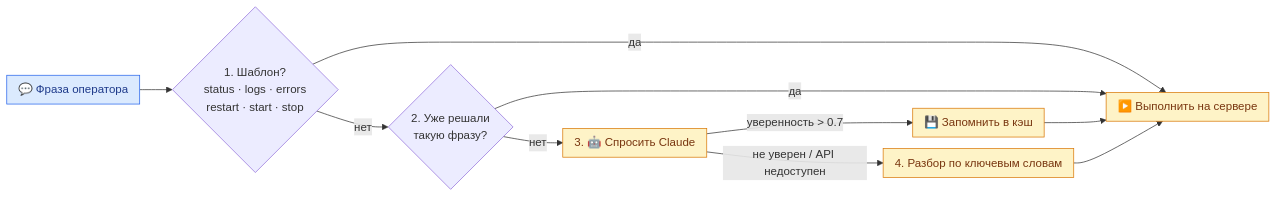
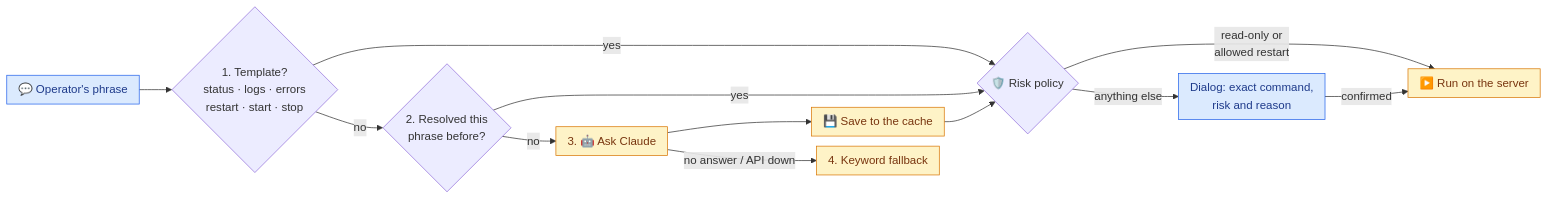
The second of 2 diagrams in docs/features/04-terminal.md (Madly222/MCPforMonitoring), drawn with Mermaid before and after one commit. The commit also changed other lines of this file and 37 other files, not shown here.

````diff
--- a/docs/features/04-terminal.md
+++ b/docs/features/04-terminal.md
@@ -42,14 +43,16 @@
 ```mermaid
 %%{init: {"flowchart": {"nodeSpacing": 14, "rankSpacing": 45, "curve": "basis", "padding": 8, "wrappingWidth": 260}}}%%
 flowchart LR
-    IN["💬 Фраза оператора"]:::admin --> T{"1. Шаблон?<br/>status · logs · errors<br/>restart · start · stop"}
-    T -- да --> RUN["▶️ Выполнить на сервере"]:::auto
-    T -- нет --> C{"2. Уже решали<br/>такую фразу?"}
-    C -- да --> RUN
-    C -- нет --> CL["3. 🤖 Спросить Claude"]:::auto
-    CL -- "уверенность > 0.7" --> SAVE["💾 Запомнить в кэш"]:::auto --> RUN
-    CL -- "не уверен / API недоступен" --> KW["4. Разбор по ключевым словам"]:::auto --> RUN
+    IN["💬 Operator's phrase"]:::admin --> T{"1. Template?<br/>status · logs · errors<br/>restart · start · stop"}
+    T -- yes --> POL
+    T -- no --> C{"2. Resolved this<br/>phrase before?"}
+    C -- yes --> POL
+    C -- no --> CL["3. 🤖 Ask Claude"]:::auto
+    CL --> SAVE["💾 Save to the cache"]:::auto --> POL
+    CL -- "no answer / API down" --> KW["4. Keyword fallback"]:::auto
+    POL{"🛡️ Risk policy"} -- "read-only or<br/>allowed restart" --> RUN["▶️ Run on the server"]:::auto
+    POL -- "anything else" --> ASK["Dialog: exact command,<br/>risk and reason"]:::admin -- confirmed --> RUN
 
     classDef admin fill:#dbeafe,stroke:#2563eb,color:#1e3a8a
     classDef auto  fill:#fef3c7,stroke:#d97706,color:#78350f
 ```
````
